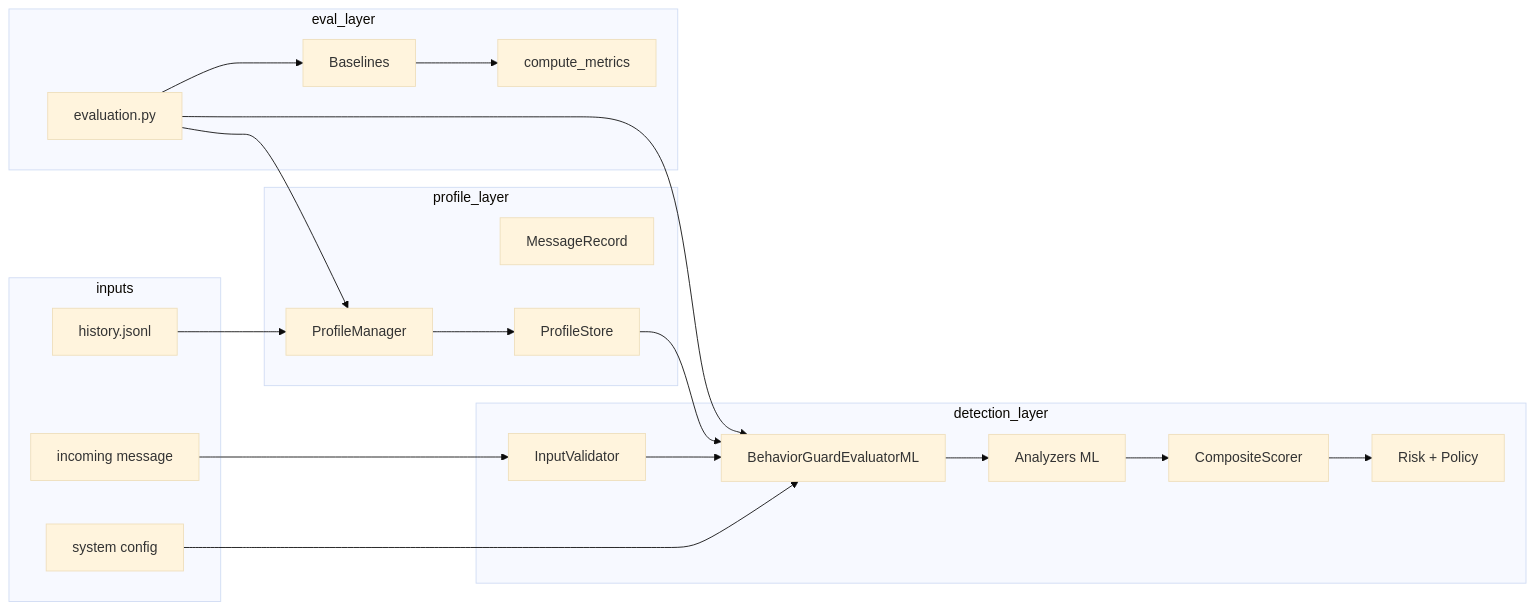
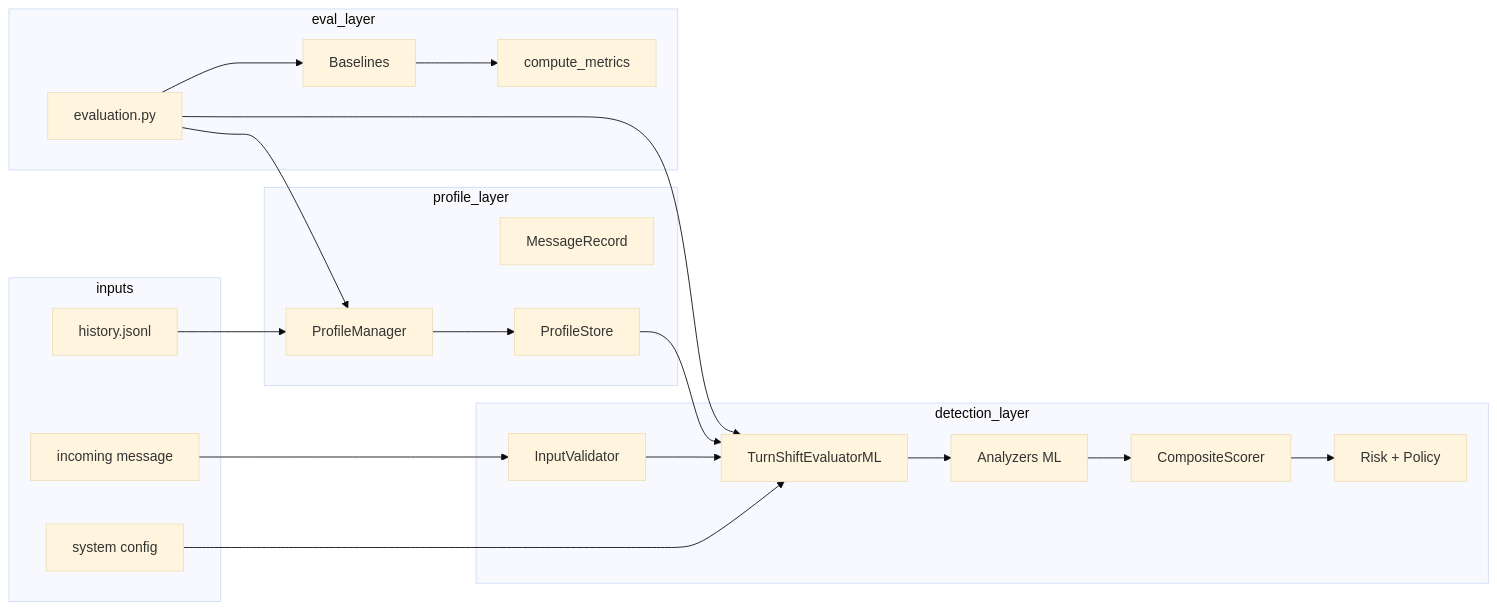
The third of 3 diagrams in ARCHITECTURE.md (Va11eyard/BehaviorGuard), drawn with Mermaid (base theme) before and after one commit. The commit also changed other lines of this file and 124 other files, not shown here.

````diff
--- a/ARCHITECTURE.md
+++ b/ARCHITECTURE.md
@@ -470,37 +470,37 @@
 ```mermaid
 flowchart LR
     subgraph inputs
         JSONL[history.jsonl]
         MSG[incoming message]
         CFGjson[system config]
     end
 
     subgraph profile_layer
         MR[MessageRecord]
         PM[ProfileManager]
         PS[ProfileStore]
     end
 
     subgraph detection_layer
         VAL[InputValidator]
-        EVML[BehaviorGuardEvaluatorML]
+        EVML[TurnShiftEvaluatorML]
         ANA[Analyzers ML]
         COMP[CompositeScorer]
         RISK[Risk + Policy]
     end
 
     subgraph eval_layer
         EVAL[evaluation.py]
         BASE[Baselines]
         MET[compute_metrics]
     end
 
     JSONL --> PM --> PS
     PS --> EVML
     MSG --> VAL --> EVML
     CFGjson --> EVML
     EVML --> ANA --> COMP --> RISK
     EVAL --> PM
     EVAL --> EVML
     EVAL --> BASE --> MET
 ```
````
